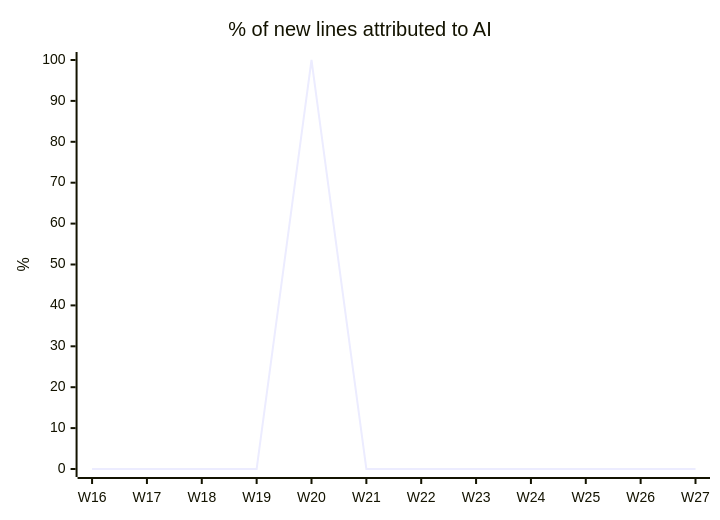
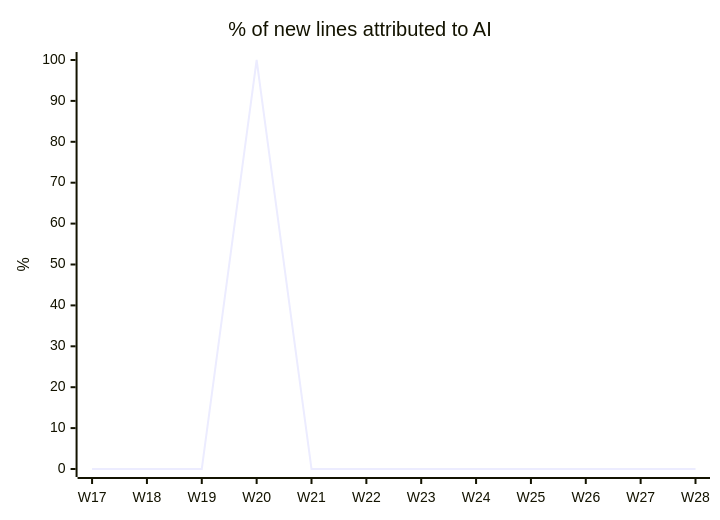
The first of 4 diagrams in docs/AI_USAGE.md (fromwaydowntown/ai-use), drawn with Mermaid before and after one commit. The commit also changed other lines of this file, not shown here.

````diff
--- a/docs/AI_USAGE.md
+++ b/docs/AI_USAGE.md
@@ -17,7 +17,7 @@
 ```mermaid
 xychart-beta
     title "% of new lines attributed to AI"
-    x-axis ["W16", "W17", "W18", "W19", "W20", "W21", "W22", "W23", "W24", "W25", "W26", "W27"]
+    x-axis ["W17", "W18", "W19", "W20", "W21", "W22", "W23", "W24", "W25", "W26", "W27", "W28"]
     y-axis "%" 0 --> 100
-    line [0, 0, 0, 0, 100, 0, 0, 0, 0, 0, 0, 0]
+    line [0, 0, 0, 100, 0, 0, 0, 0, 0, 0, 0, 0]
 ```
````
